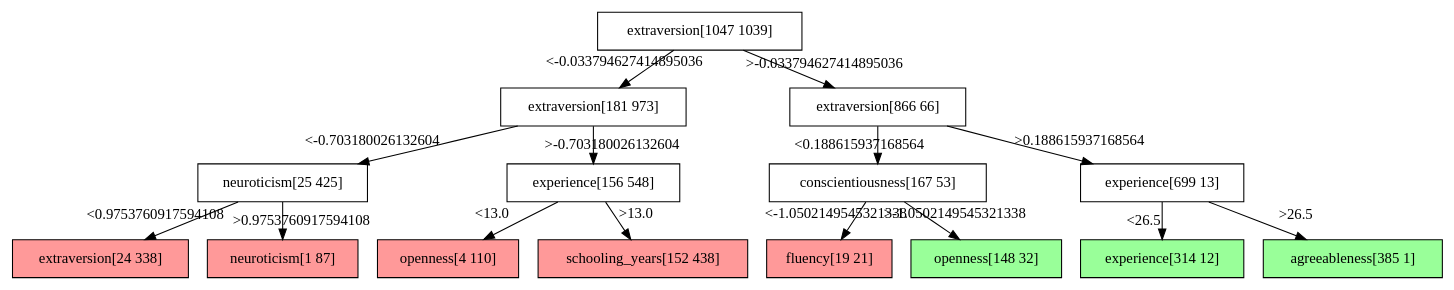
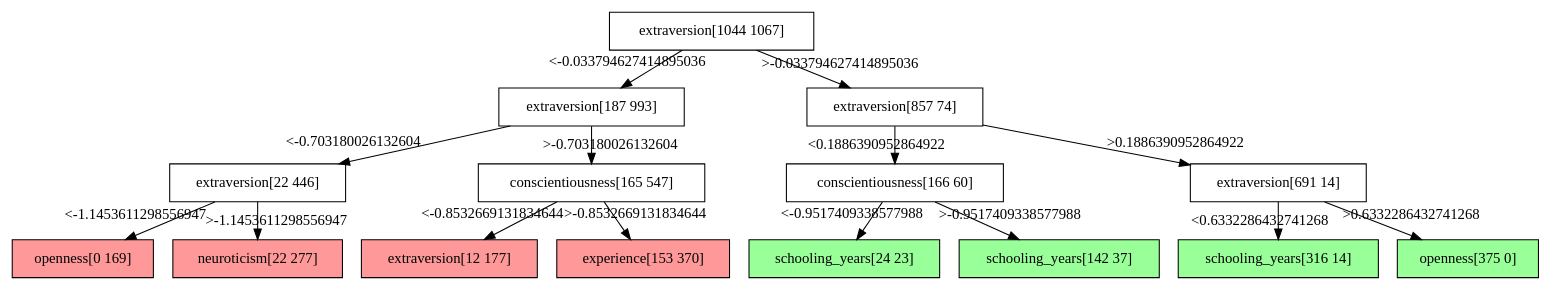
One commit to Poojabl26/Programming-Project changed the diagram in skills_and_wages/bld/out/analysis/decision_tree.dot. Above: the diagram before and after it, drawn with Graphviz. The commit also changed 6 other files, not shown here.

```diff
--- a/skills_and_wages/bld/out/analysis/decision_tree.dot
+++ b/skills_and_wages/bld/out/analysis/decision_tree.dot
@@ -1,32 +1,32 @@
 digraph Tree {
 node [shape=box, style="filled", color="black"] ;
-0 [ label="extraversion[1047 1039]" , fillcolor="#ffffff"] ;
-1 [ label="extraversion[181 973]" , fillcolor="#ffffff"] ;
+0 [ label="extraversion[1044 1067]" , fillcolor="#ffffff"] ;
+1 [ label="extraversion[187 993]" , fillcolor="#ffffff"] ;
 0->1 [labeldistance=2.5, labelangle=45, headlabel="<-0.033794627414895036"] ;
-3 [ label="neuroticism[25 425]" , fillcolor="#ffffff"] ;
+3 [ label="extraversion[22 446]" , fillcolor="#ffffff"] ;
 1->3 [labeldistance=2.5, labelangle=45, headlabel="<-0.703180026132604"] ;
-5 [ label="extraversion[24 338]" , fillcolor="#ff9999"] ;
-3->5 [labeldistance=2.5, labelangle=45, headlabel="<0.9753760917594108"] ;
-6 [ label="neuroticism[1 87]" , fillcolor="#ff9999"] ;
-3->6 [labeldistance=2.5, labelangle=-45, headlabel=">0.9753760917594108"] ;
-4 [ label="experience[156 548]" , fillcolor="#ffffff"] ;
+5 [ label="openness[0 169]" , fillcolor="#ff9999"] ;
+3->5 [labeldistance=2.5, labelangle=45, headlabel="<-1.1453611298556947"] ;
+6 [ label="neuroticism[22 277]" , fillcolor="#ff9999"] ;
+3->6 [labeldistance=2.5, labelangle=-45, headlabel=">-1.1453611298556947"] ;
+4 [ label="conscientiousness[165 547]" , fillcolor="#ffffff"] ;
 1->4 [labeldistance=2.5, labelangle=-45, headlabel=">-0.703180026132604"] ;
-7 [ label="openness[4 110]" , fillcolor="#ff9999"] ;
-4->7 [labeldistance=2.5, labelangle=45, headlabel="<13.0"] ;
-8 [ label="schooling_years[152 438]" , fillcolor="#ff9999"] ;
-4->8 [labeldistance=2.5, labelangle=-45, headlabel=">13.0"] ;
-2 [ label="extraversion[866 66]" , fillcolor="#ffffff"] ;
+7 [ label="extraversion[12 177]" , fillcolor="#ff9999"] ;
+4->7 [labeldistance=2.5, labelangle=45, headlabel="<-0.8532669131834644"] ;
+8 [ label="experience[153 370]" , fillcolor="#ff9999"] ;
+4->8 [labeldistance=2.5, labelangle=-45, headlabel=">-0.8532669131834644"] ;
+2 [ label="extraversion[857 74]" , fillcolor="#ffffff"] ;
 0->2 [labeldistance=2.5, labelangle=-45, headlabel=">-0.033794627414895036"] ;
-9 [ label="conscientiousness[167 53]" , fillcolor="#ffffff"] ;
-2->9 [labeldistance=2.5, labelangle=45, headlabel="<0.188615937168564"] ;
-11 [ label="fluency[19 21]" , fillcolor="#ff9999"] ;
-9->11 [labeldistance=2.5, labelangle=45, headlabel="<-1.0502149545321338"] ;
-12 [ label="openness[148 32]" , fillcolor="#99ff99"] ;
-9->12 [labeldistance=2.5, labelangle=-45, headlabel=">-1.0502149545321338"] ;
-10 [ label="experience[699 13]" , fillcolor="#ffffff"] ;
-2->10 [labeldistance=2.5, labelangle=-45, headlabel=">0.188615937168564"] ;
-13 [ label="experience[314 12]" , fillcolor="#99ff99"] ;
-10->13 [labeldistance=2.5, labelangle=45, headlabel="<26.5"] ;
-14 [ label="agreeableness[385 1]" , fillcolor="#99ff99"] ;
-10->14 [labeldistance=2.5, labelangle=-45, headlabel=">26.5"] ;
+9 [ label="conscientiousness[166 60]" , fillcolor="#ffffff"] ;
+2->9 [labeldistance=2.5, labelangle=45, headlabel="<0.1886390952864922"] ;
+11 [ label="schooling_years[24 23]" , fillcolor="#99ff99"] ;
+9->11 [labeldistance=2.5, labelangle=45, headlabel="<-0.9517409338577988"] ;
+12 [ label="schooling_years[142 37]" , fillcolor="#99ff99"] ;
+9->12 [labeldistance=2.5, labelangle=-45, headlabel=">-0.9517409338577988"] ;
+10 [ label="extraversion[691 14]" , fillcolor="#ffffff"] ;
+2->10 [labeldistance=2.5, labelangle=-45, headlabel=">0.1886390952864922"] ;
+13 [ label="schooling_years[316 14]" , fillcolor="#99ff99"] ;
+10->13 [labeldistance=2.5, labelangle=45, headlabel="<0.6332286432741268"] ;
+14 [ label="openness[375 0]" , fillcolor="#99ff99"] ;
+10->14 [labeldistance=2.5, labelangle=-45, headlabel=">0.6332286432741268"] ;
 }
```
